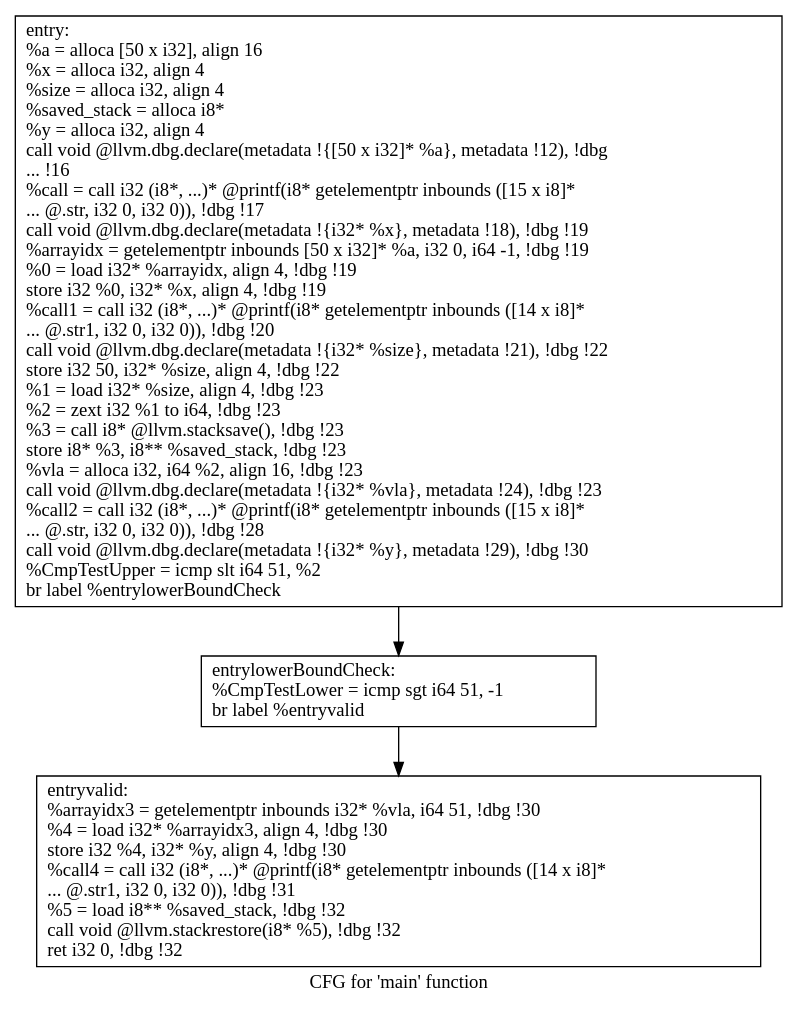
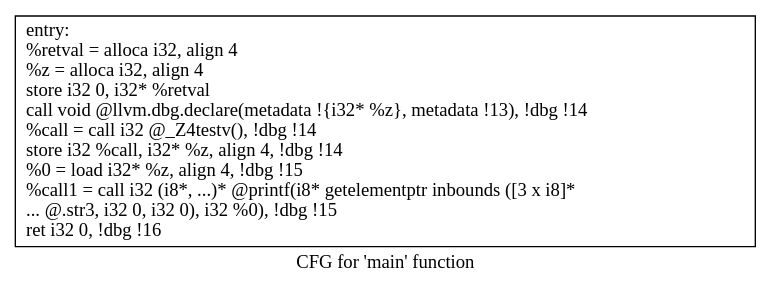
One commit to ddr2108/CS6241-Array_Bounding changed the diagram in Work/Pass/Part 2/cfg.main.dot. Above: the diagram before and after it, drawn with Graphviz. The commit also changed 5 other files, not shown here.

```diff
--- a/Work/Pass/Part 2/cfg.main.dot
+++ b/Work/Pass/Part 2/cfg.main.dot
@@ -1,9 +1,5 @@
 digraph "CFG for 'main' function" {
 	label="CFG for 'main' function";
 
-	Node0x21577e0 [shape=record,label="{entry:\l  %a = alloca [50 x i32], align 16\l  %x = alloca i32, align 4\l  %size = alloca i32, align 4\l  %saved_stack = alloca i8*\l  %y = alloca i32, align 4\l  call void @llvm.dbg.declare(metadata !\{[50 x i32]* %a\}, metadata !12), !dbg\l... !16\l  %call = call i32 (i8*, ...)* @printf(i8* getelementptr inbounds ([15 x i8]*\l... @.str, i32 0, i32 0)), !dbg !17\l  call void @llvm.dbg.declare(metadata !\{i32* %x\}, metadata !18), !dbg !19\l  %arrayidx = getelementptr inbounds [50 x i32]* %a, i32 0, i64 -1, !dbg !19\l  %0 = load i32* %arrayidx, align 4, !dbg !19\l  store i32 %0, i32* %x, align 4, !dbg !19\l  %call1 = call i32 (i8*, ...)* @printf(i8* getelementptr inbounds ([14 x i8]*\l... @.str1, i32 0, i32 0)), !dbg !20\l  call void @llvm.dbg.declare(metadata !\{i32* %size\}, metadata !21), !dbg !22\l  store i32 50, i32* %size, align 4, !dbg !22\l  %1 = load i32* %size, align 4, !dbg !23\l  %2 = zext i32 %1 to i64, !dbg !23\l  %3 = call i8* @llvm.stacksave(), !dbg !23\l  store i8* %3, i8** %saved_stack, !dbg !23\l  %vla = alloca i32, i64 %2, align 16, !dbg !23\l  call void @llvm.dbg.declare(metadata !\{i32* %vla\}, metadata !24), !dbg !23\l  %call2 = call i32 (i8*, ...)* @printf(i8* getelementptr inbounds ([15 x i8]*\l... @.str, i32 0, i32 0)), !dbg !28\l  call void @llvm.dbg.declare(metadata !\{i32* %y\}, metadata !29), !dbg !30\l  %CmpTestUpper = icmp slt i64 51, %2\l  br label %entrylowerBoundCheck\l}"];
-	Node0x21577e0 -> Node0x2142270;
-	Node0x2155040 [shape=record,label="{entryvalid:                                       \l  %arrayidx3 = getelementptr inbounds i32* %vla, i64 51, !dbg !30\l  %4 = load i32* %arrayidx3, align 4, !dbg !30\l  store i32 %4, i32* %y, align 4, !dbg !30\l  %call4 = call i32 (i8*, ...)* @printf(i8* getelementptr inbounds ([14 x i8]*\l... @.str1, i32 0, i32 0)), !dbg !31\l  %5 = load i8** %saved_stack, !dbg !32\l  call void @llvm.stackrestore(i8* %5), !dbg !32\l  ret i32 0, !dbg !32\l}"];
-	Node0x2142270 [shape=record,label="{entrylowerBoundCheck:                             \l  %CmpTestLower = icmp sgt i64 51, -1\l  br label %entryvalid\l}"];
-	Node0x2142270 -> Node0x2155040;
+	Node0x33619f0 [shape=record,label="{entry:\l  %retval = alloca i32, align 4\l  %z = alloca i32, align 4\l  store i32 0, i32* %retval\l  call void @llvm.dbg.declare(metadata !\{i32* %z\}, metadata !13), !dbg !14\l  %call = call i32 @_Z4testv(), !dbg !14\l  store i32 %call, i32* %z, align 4, !dbg !14\l  %0 = load i32* %z, align 4, !dbg !15\l  %call1 = call i32 (i8*, ...)* @printf(i8* getelementptr inbounds ([3 x i8]*\l... @.str3, i32 0, i32 0), i32 %0), !dbg !15\l  ret i32 0, !dbg !16\l}"];
 }
```
